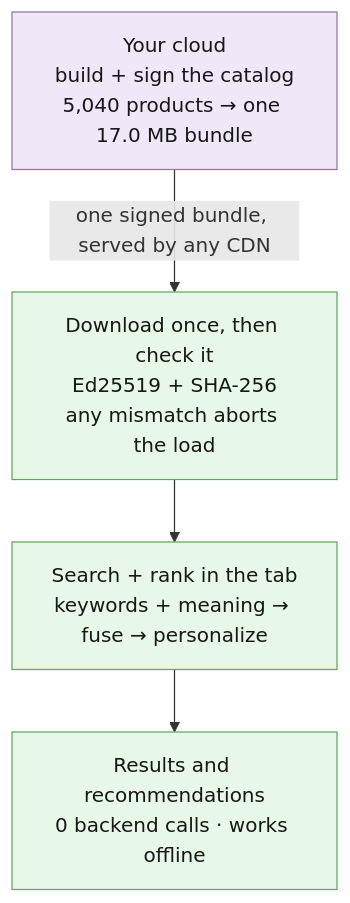
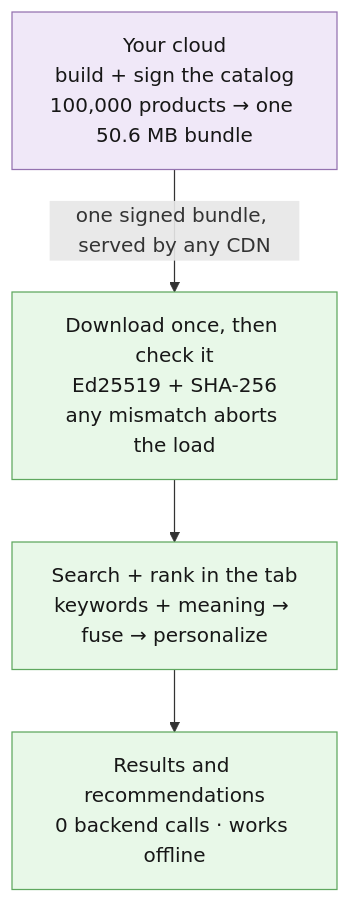
One commit to gainratio/edge-reco changed the fourth of 4 diagrams in docs/ARCHITECTURE.md. Above: the diagram before and after it, drawn with Mermaid. The commit also changed other lines of this file and 2052 other files, not shown here.

First line of the commit message:
feat(catalog): scale browser storefront to 100,000 products on pure OPFS SQLite + INT8 vectors

````diff
--- a/docs/ARCHITECTURE.md
+++ b/docs/ARCHITECTURE.md
@@ -302,15 +302,15 @@
 ```mermaid
 flowchart TB
-  build["Your cloud<br>build + sign the catalog<br>5,040 products → one 17.0 MB bundle"]
+  build["Your cloud<br>build + sign the catalog<br>100,000 products → one 50.6 MB bundle"]
   sync["Download once, then check it<br>Ed25519 + SHA-256<br>any mismatch aborts the load"]
   engine["Search + rank in the tab<br>keywords + meaning → fuse → personalize"]
   recs["Results and recommendations<br>0 backend calls · works offline"]
 
   build -->|"one signed bundle, served by any CDN"| sync
   sync --> engine --> recs
 
   classDef cloud fill:#f0e8f8,stroke:#9472b0,color:#171717;
   classDef device fill:#e8f8e8,stroke:#5fa85f,color:#171717;
   class build cloud;
   class sync,engine,recs device;
 ```
````
